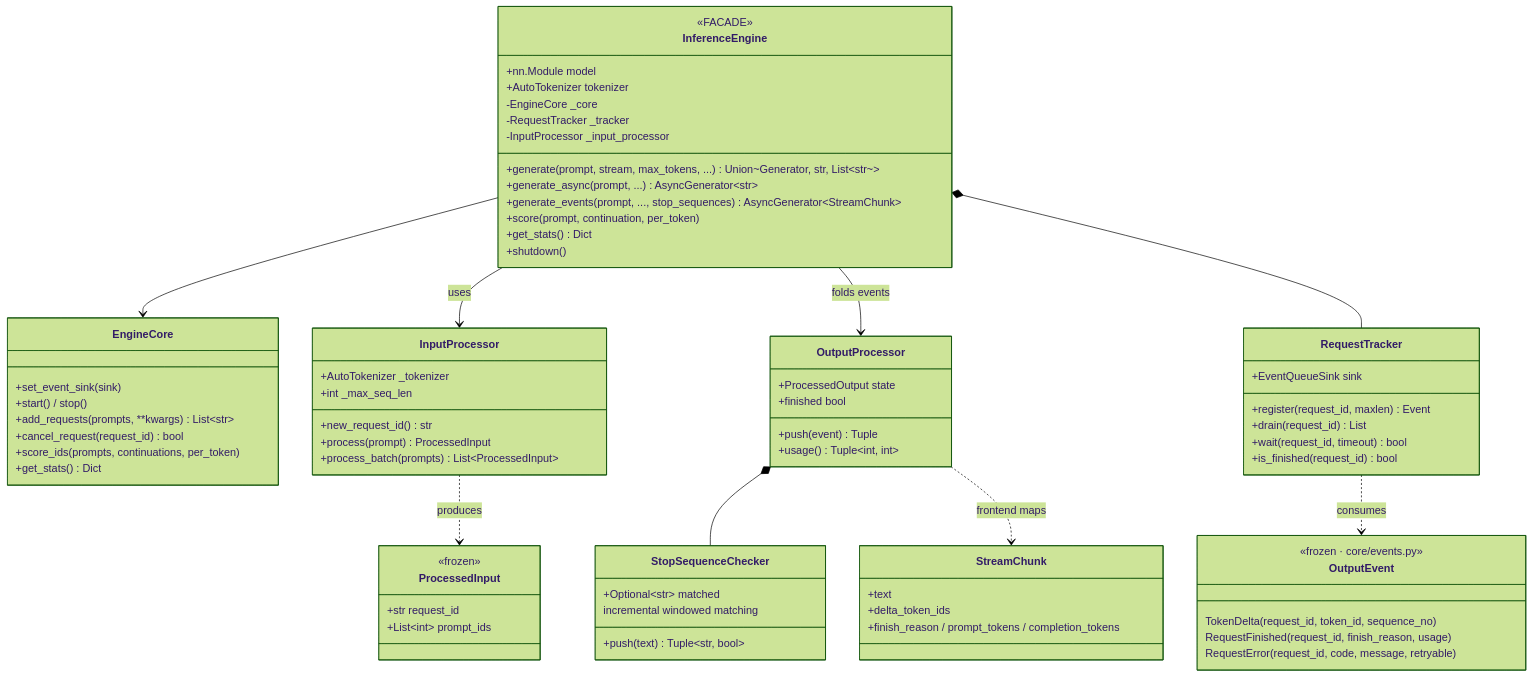
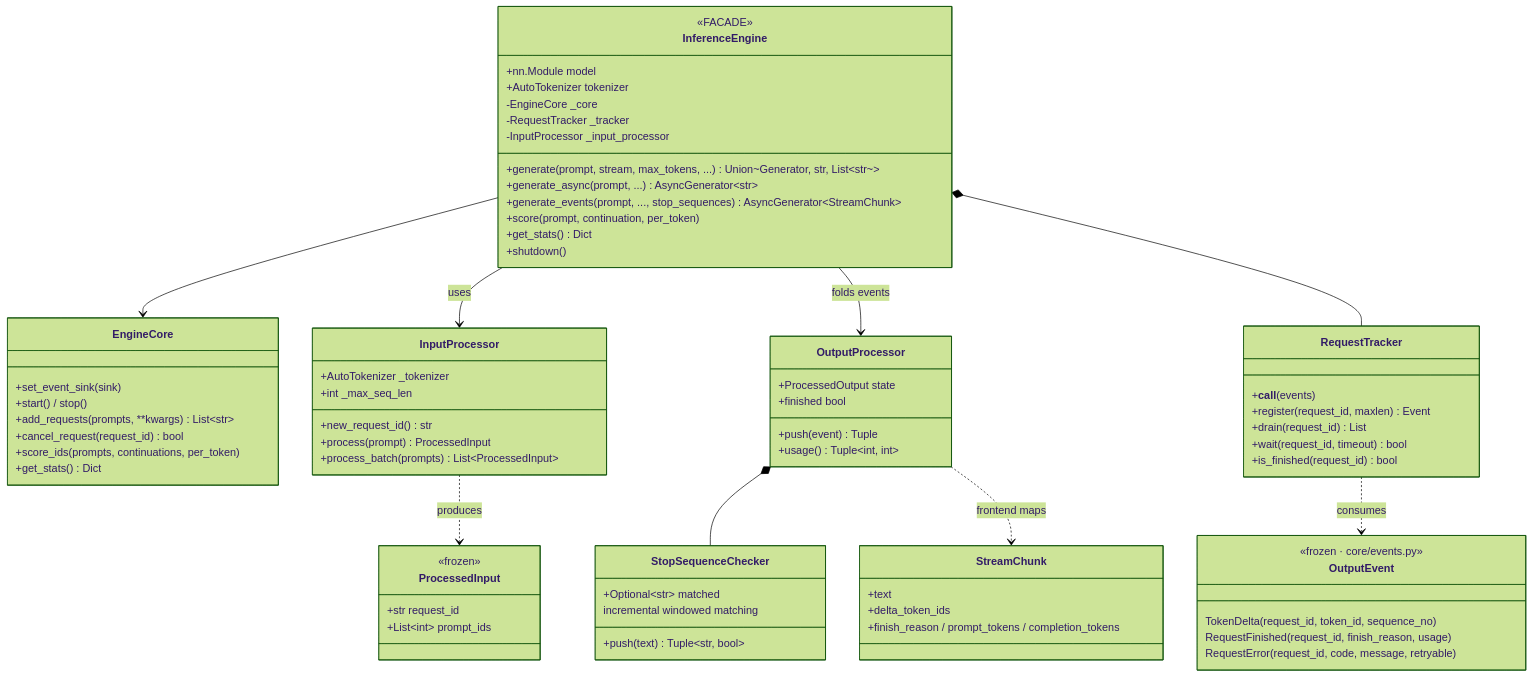
One commit to ViperEkura/AstrAI changed the diagram in docs/developer/inference/frontend.md. Above: the diagram before and after it, drawn with Mermaid (forest theme). The commit also changed other lines of this file and 28 other files, not shown here.

````diff
--- a/docs/developer/inference/frontend.md
+++ b/docs/developer/inference/frontend.md
@@ -13,76 +13,76 @@
 ```mermaid
 classDiagram
     direction TB
     class InferenceEngine {
         <<FACADE>>
         +nn.Module model
         +AutoTokenizer tokenizer
         -EngineCore _core
         -RequestTracker _tracker
         -InputProcessor _input_processor
         +generate(prompt, stream, max_tokens, ...) Union~Generator, str, List~str~~
         +generate_async(prompt, ...) AsyncGenerator~str~
         +generate_events(prompt, ..., stop_sequences) AsyncGenerator~StreamChunk~
         +score(prompt, continuation, per_token)
         +get_stats() Dict
         +shutdown()
     }
     class EngineCore {
         +set_event_sink(sink)
         +start() / stop()
         +add_requests(prompts, **kwargs) List~str~
         +cancel_request(request_id) bool
         +score_ids(prompts, continuations, per_token)
         +get_stats() Dict
     }
     class InputProcessor {
         +AutoTokenizer _tokenizer
         +int _max_seq_len
         +new_request_id() str
         +process(prompt) ProcessedInput
         +process_batch(prompts) List~ProcessedInput~
     }
     class ProcessedInput {
         <<frozen>>
         +str request_id
         +List~int~ prompt_ids
     }
     class OutputProcessor {
         +ProcessedOutput state
         +push(event) Tuple
         +usage() Tuple~int, int~
         +finished bool
     }
     class StopSequenceChecker {
         +Optional~str~ matched
         +push(text) Tuple~str, bool~
         incremental windowed matching
     }
     class RequestTracker {
-        +EventQueueSink sink
+        +__call__(events)
         +register(request_id, maxlen) Event
         +drain(request_id) List
         +wait(request_id, timeout) bool
         +is_finished(request_id) bool
     }
     class OutputEvent {
         <<frozen · core/events.py>>
         TokenDelta(request_id, token_id, sequence_no)
         RequestFinished(request_id, finish_reason, usage)
         RequestError(request_id, code, message, retryable)
     }
     class StreamChunk {
         +text
         +delta_token_ids
         +finish_reason / prompt_tokens / completion_tokens
     }
 
     InferenceEngine --> EngineCore
     InferenceEngine --> InputProcessor : uses
     InferenceEngine --> OutputProcessor : folds events
     InferenceEngine *-- RequestTracker
     InputProcessor ..> ProcessedInput : produces
     OutputProcessor *-- StopSequenceChecker
     RequestTracker ..> OutputEvent : consumes
     OutputProcessor ..> StreamChunk : frontend maps
 ```
````
